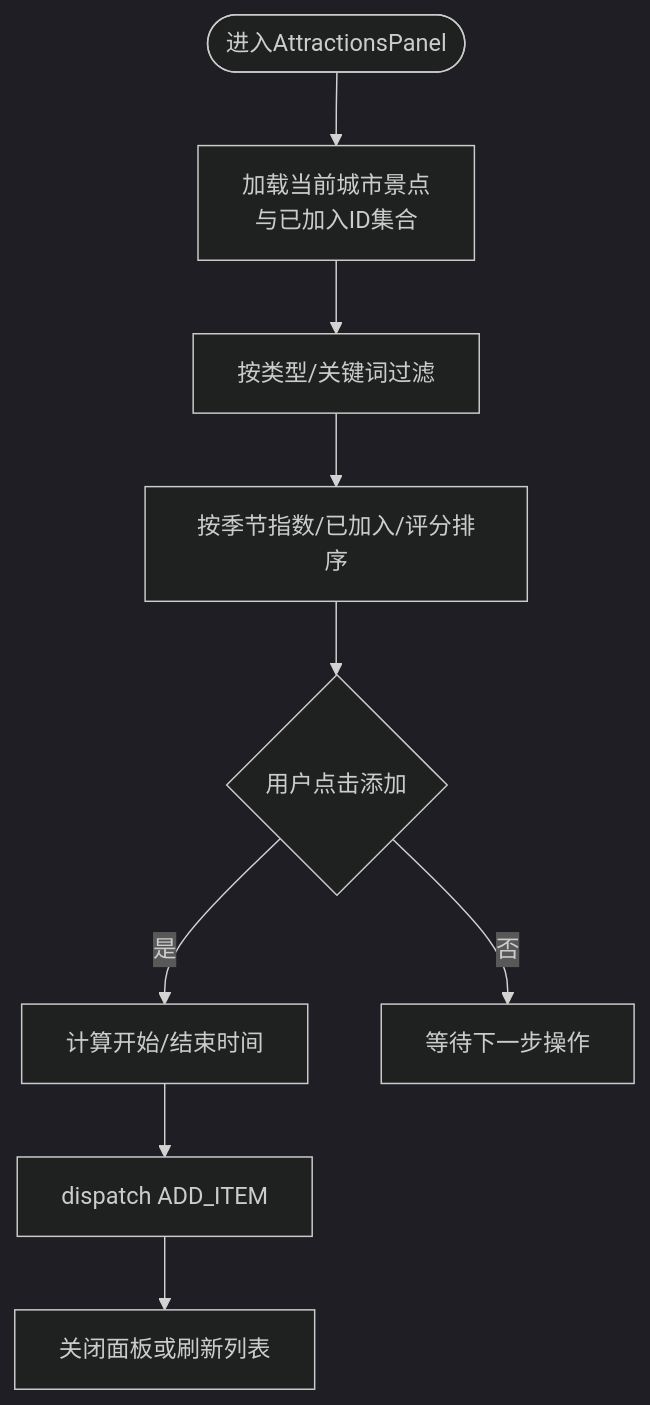
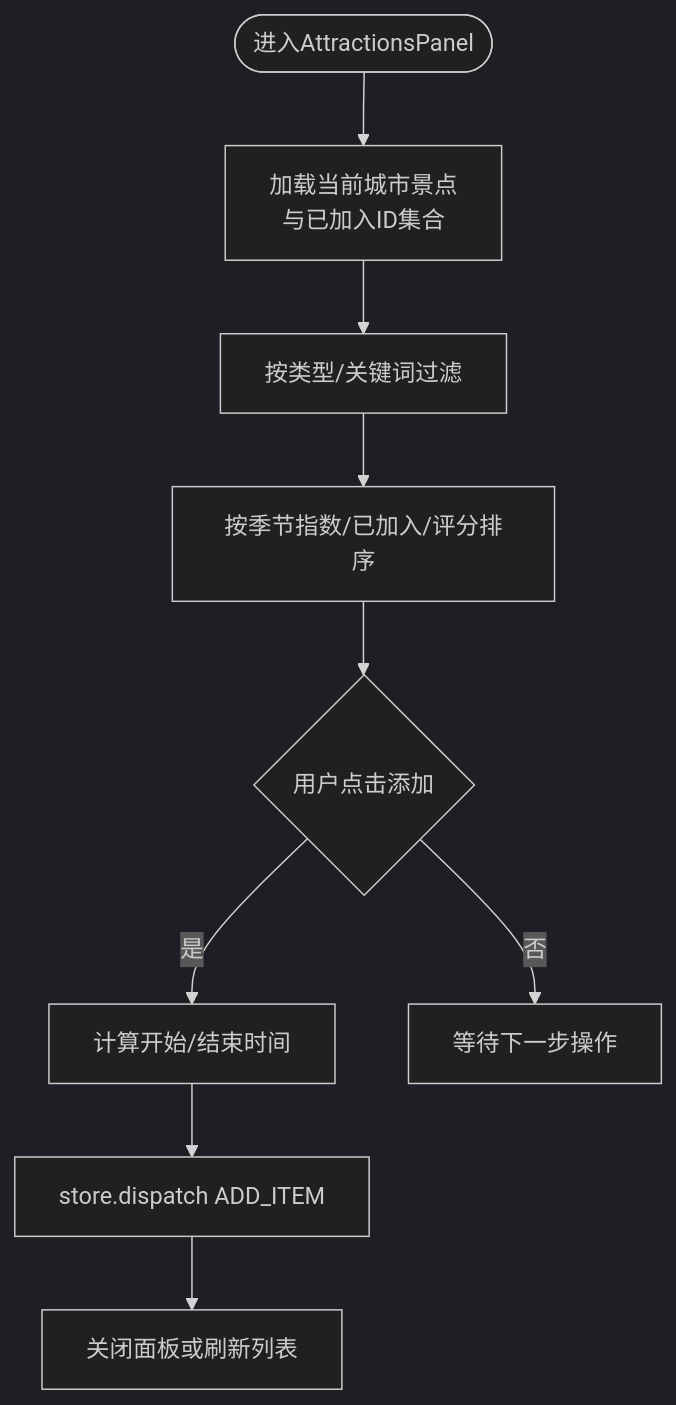
One commit to ititjjy/AITrip-plan changed the third of 6 diagrams in .qoder/repowiki/zh/content/前端架构/React组件体系.md. Above: the diagram before and after it, drawn with Mermaid (dark theme). The commit also changed other lines of this file and 17 other files, not shown here.

````diff
--- a/.qoder/repowiki/zh/content/前端架构/React组件体系.md
+++ b/.qoder/repowiki/zh/content/前端架构/React组件体系.md
@@ -177,11 +191,11 @@
 ```mermaid
 flowchart TD
 Start(["进入AttractionsPanel"]) --> Load["加载当前城市景点<br/>与已加入ID集合"]
 Load --> Filter["按类型/关键词过滤"]
 Filter --> Sort["按季节指数/已加入/评分排序"]
 Sort --> Select{"用户点击添加"}
 Select --> |是| Calc["计算开始/结束时间"]
-Calc --> Dispatch["dispatch ADD_ITEM"]
+Calc --> Dispatch["store.dispatch ADD_ITEM"]
 Dispatch --> Close["关闭面板或刷新列表"]
 Select --> |否| Wait["等待下一步操作"]
 ```
````
